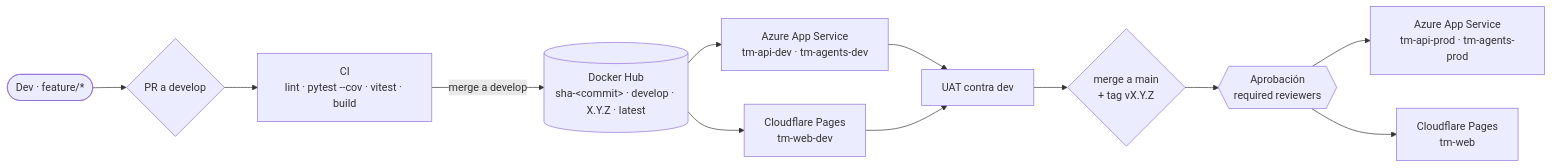
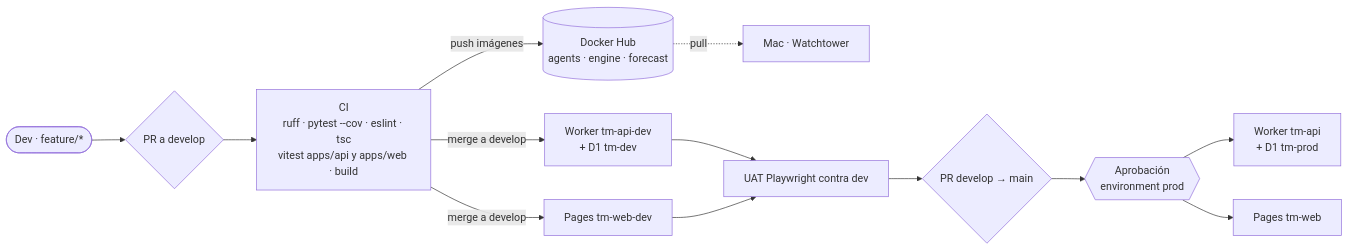
Before and after one commit to CarloSantoro21/trading_maxxing: the diagram in docs/wiki/Deployment.md, drawn with Mermaid. The commit also changed other lines of this file and 8 other files, not shown here.

First line of the commit message:
docs(wiki): actualiza la wiki y la propuesta a Cloudflare + motor en la Mac

````diff
--- a/docs/wiki/Deployment.md
+++ b/docs/wiki/Deployment.md
@@ -13,25 +15,25 @@
 ```mermaid
 flowchart LR
   dev([Dev · feature/*])
   pr{PR a develop}
-  ci[CI<br/>lint · pytest --cov · vitest · build]
-  hub[(Docker Hub<br/>sha-&lt;commit&gt; · develop · X.Y.Z · latest)]
-  apiDev[Azure App Service<br/>tm-api-dev · tm-agents-dev]
-  webDev[Cloudflare Pages<br/>tm-web-dev]
-  uat[UAT contra dev]
-  main{merge a main<br/>+ tag vX.Y.Z}
-  approval{{Aprobación<br/>required reviewers}}
-  apiProd[Azure App Service<br/>tm-api-prod · tm-agents-prod]
-  webProd[Cloudflare Pages<br/>tm-web]
+  ci[CI<br/>ruff · pytest --cov · eslint · tsc<br/>vitest apps/api y apps/web · build]
+  apiDev[Worker tm-api-dev<br/>+ D1 tm-dev]
+  webDev[Pages tm-web-dev]
+  hub[(Docker Hub<br/>agents · engine · forecast)]
+  mac[Mac · Watchtower]
+  uat[UAT Playwright contra dev]
+  main{PR develop → main}
+  approval{{Aprobación<br/>environment prod}}
+  apiProd[Worker tm-api<br/>+ D1 tm-prod]
+  webProd[Pages tm-web]
 
   dev --> pr --> ci
-  ci -->|merge a develop| hub
-  hub --> apiDev
-  hub --> webDev
+  ci -->|merge a develop| apiDev
+  ci -->|merge a develop| webDev
+  ci -->|push imágenes| hub -.pull.-> mac
   apiDev --> uat
   webDev --> uat
-  uat --> main
-  main --> approval
+  uat --> main --> approval
   approval --> apiProd
   approval --> webProd
 ```
````
